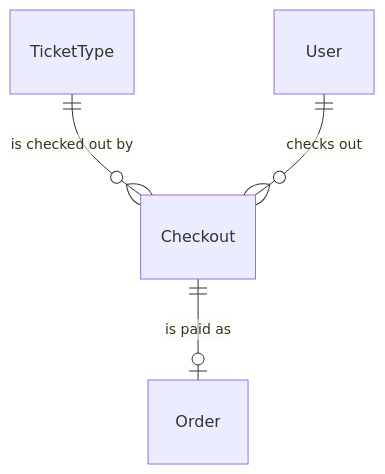
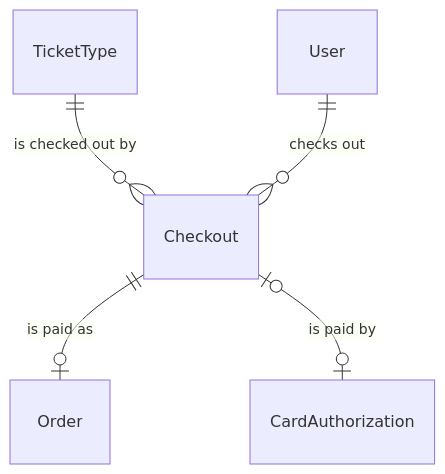
The first of 2 diagrams in openspec/changes/unify-ticket-sales/specs/components/entity/checkout/spec.md (liverty-music/specification), drawn with Mermaid before and after one commit. The commit also changed other lines of this file and 135 other files, not shown here.

````diff
--- a/openspec/changes/unify-ticket-sales/specs/components/entity/checkout/spec.md
+++ b/openspec/changes/unify-ticket-sales/specs/components/entity/checkout/spec.md
@@ -21,6 +21,7 @@
 ```mermaid
 erDiagram
   TicketType ||--o{ Checkout : "is checked out by"
   User ||--o{ Checkout : "checks out"
   Checkout ||--o| Order : "is paid as"
+  Checkout |o--o| CardAuthorization : "is paid by"
 ```
````
